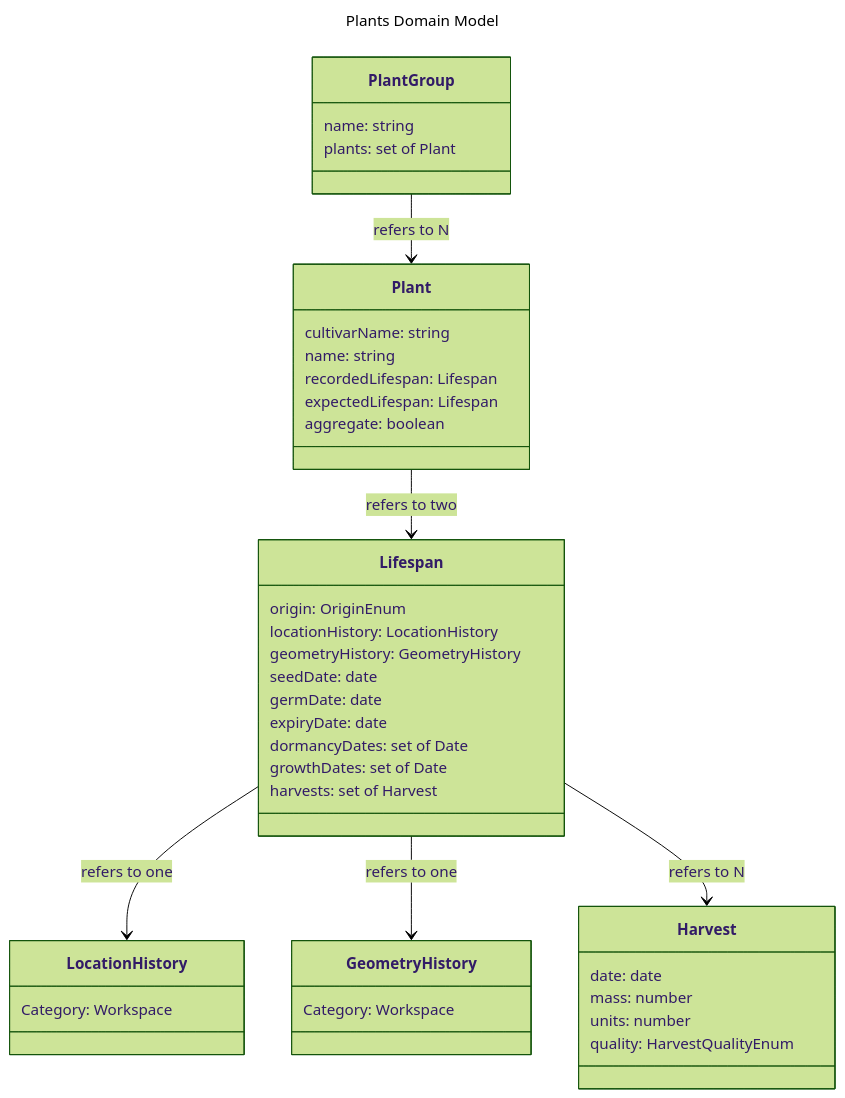
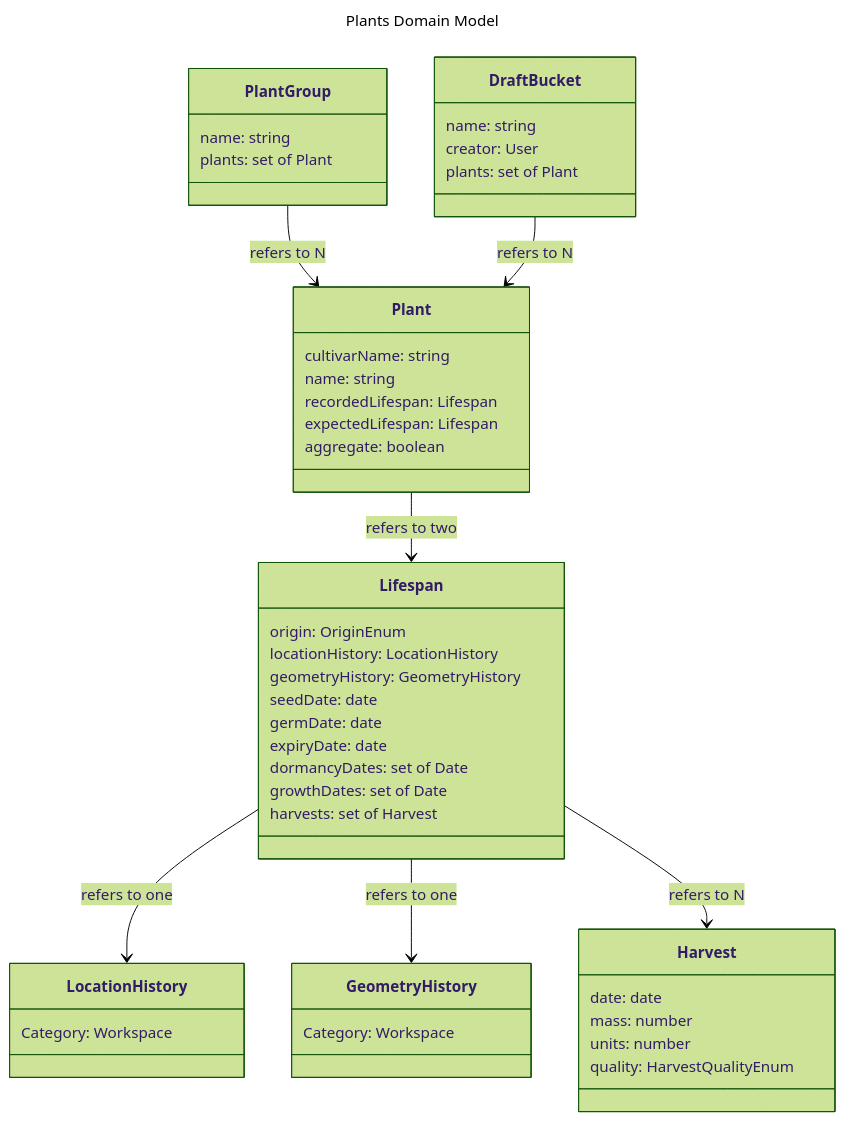
The diagram in design/plants/models.md (VerdanTech/Vdt-Webapp), drawn with Mermaid (forest theme) before and after one commit. The commit also changed other lines of this file and 1 other file, not shown here.

````diff
--- a/design/plants/models.md
+++ b/design/plants/models.md
@@ -7,47 +7,53 @@
 ```mermaid
 ---
 title: Plants Domain Model
 ---
 classDiagram
 
     Lifespan --> LocationHistory : refers to one
     Lifespan --> GeometryHistory : refers to one
     Lifespan --> Harvest : refers to N
     Plant --> Lifespan : refers to two
     PlantGroup --> Plant : refers to N
+    DraftBucket --> Plant : refers to N
 
     class Lifespan{
         origin: OriginEnum
         locationHistory: LocationHistory
         geometryHistory: GeometryHistory
         seedDate: date
         germDate: date
         expiryDate: date
         dormancyDates: set of Date
         growthDates: set of Date
         harvests: set of Harvest
     }
     class Harvest {
         date: date
         mass: number
         units: number
         quality: HarvestQualityEnum
     }
     class Plant {
         cultivarName: string
         name: string
         recordedLifespan: Lifespan
         expectedLifespan: Lifespan
         aggregate: boolean
     }
     class PlantGroup {
         name: string
         plants: set of Plant
     }
+    class DraftBucket {
+        name: string
+        creator: User
+        plants: set of Plant
+    }
     class LocationHistory {
         Category: Workspace
     }
     class GeometryHistory {
         Category: Workspace
     }
 ```
````
